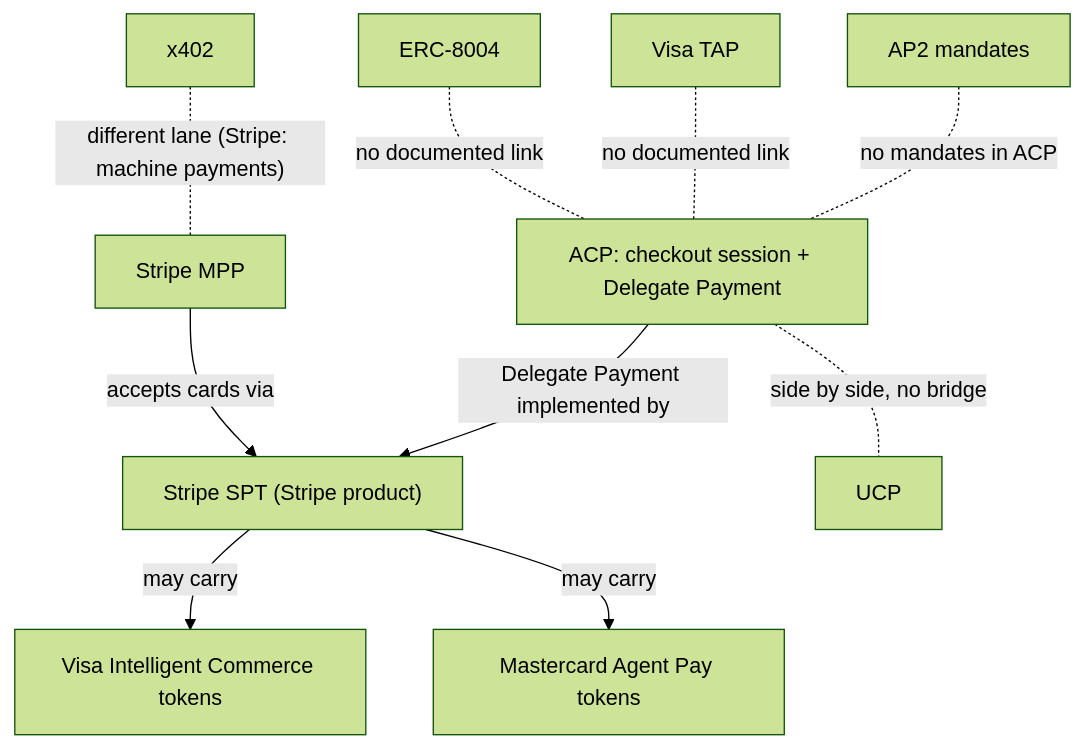
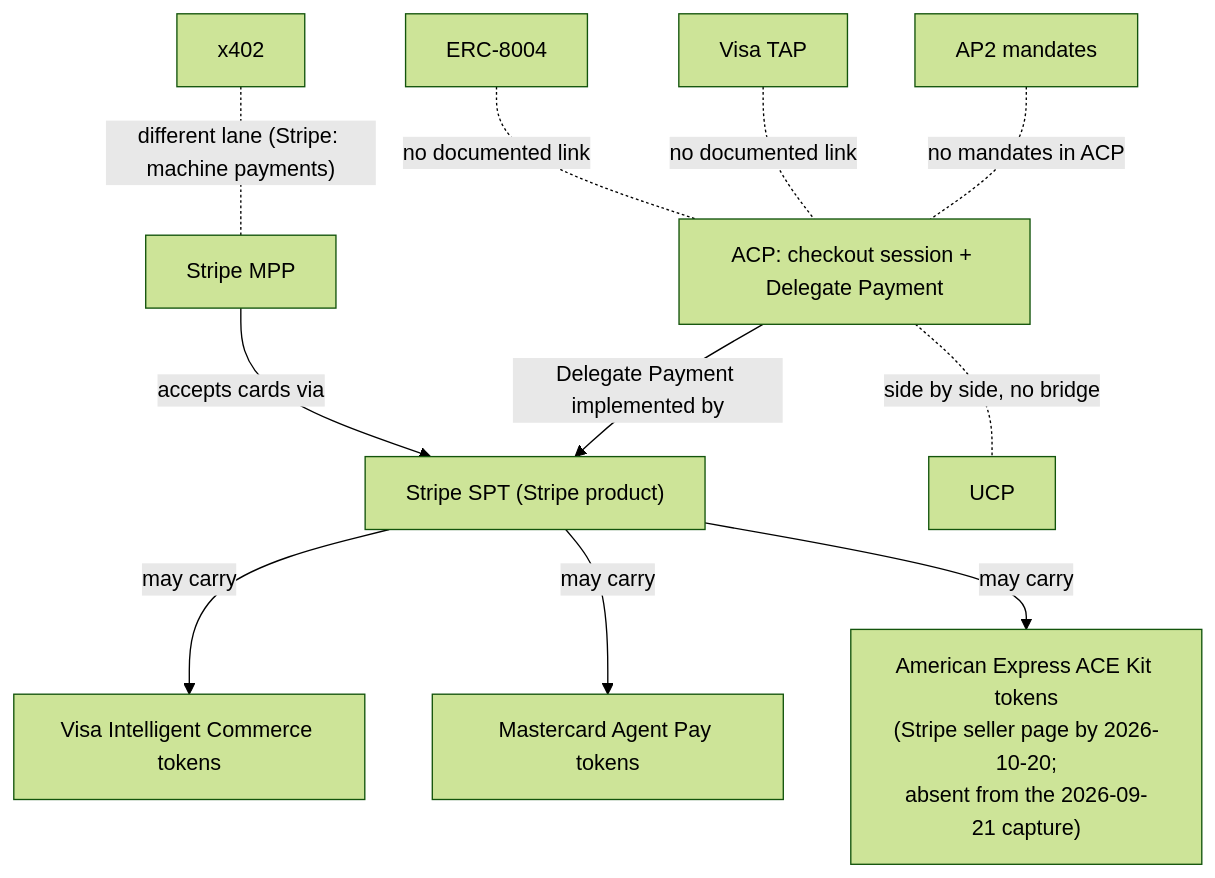
The diagram in src/content/diagrams/openai-acp-composition.mmd (mercesAI/agentic-rails-atlas), drawn with Mermaid (forest theme) before and after one commit. The commit also changed 68 other files, not shown here.

```diff
--- a/src/content/diagrams/openai-acp-composition.mmd
+++ b/src/content/diagrams/openai-acp-composition.mmd
@@ -1,20 +1,22 @@
 flowchart TB
   ACP["ACP: checkout session + Delegate Payment"]
   SPT["Stripe SPT (Stripe product)"]
   VIC["Visa Intelligent Commerce tokens"]
   MAP["Mastercard Agent Pay tokens"]
+  AMX["American Express ACE Kit tokens<br/>(Stripe seller page by 2026-10-20;<br/>absent from the 2026-09-21 capture)"]
   MPP["Stripe MPP"]
   UCP["UCP"]
   AP2["AP2 mandates"]
   TAP["Visa TAP"]
   X402["x402"]
   E8004["ERC-8004"]
   ACP -- "Delegate Payment implemented by" --> SPT
   SPT -- "may carry" --> VIC
   SPT -- "may carry" --> MAP
+  SPT -- "may carry" --> AMX
   MPP -- "accepts cards via" --> SPT
   ACP -. "side by side, no bridge" .- UCP
   AP2 -. "no mandates in ACP" .- ACP
   TAP -. "no documented link" .- ACP
   X402 -. "different lane (Stripe: machine payments)" .- MPP
   E8004 -. "no documented link" .- ACP
```
